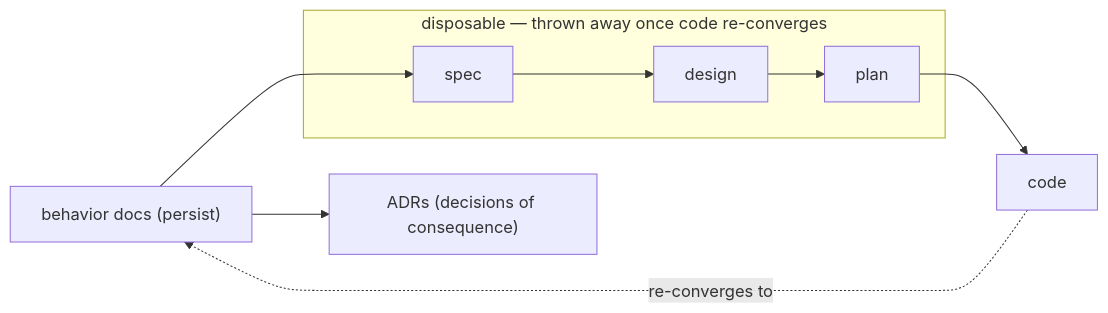
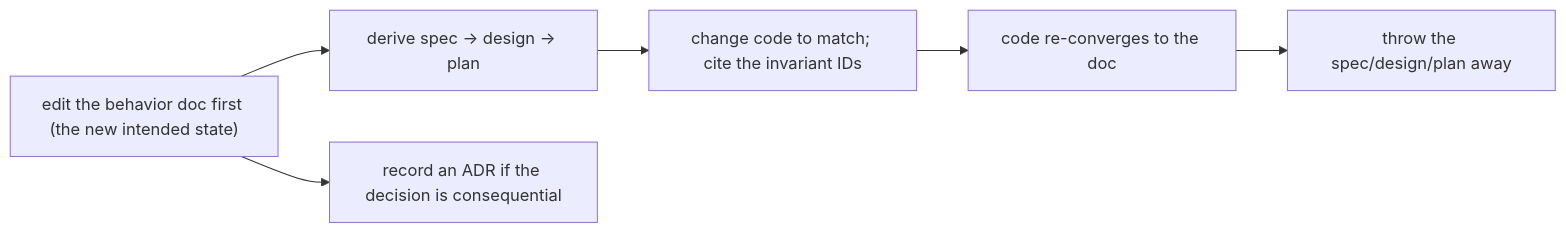
One commit to phillipgreenii/nix-agent-support changed the second of 2 diagrams in behavior-docs/docs/behavior/README.md. Above: the diagram before and after it, drawn with Mermaid. The commit also changed other lines of this file and 17 other files, not shown here.

````diff
--- a/behavior-docs/docs/behavior/README.md
+++ b/behavior-docs/docs/behavior/README.md
@@ -52,14 +43,8 @@
 ```mermaid
 flowchart LR
-    truth["behavior docs (persist)"] --> spec["spec"]
-    spec --> design["design"]
-    design --> plan["plan"]
-    plan --> code["code"]
-    code -. re-converges to .-> truth
-    truth --> adr["ADRs (decisions of consequence)"]
-    subgraph disposable["disposable — thrown away once code re-converges"]
-      spec
-      design
-      plan
-    end
+    edit["edit the behavior doc first (the new intended state)"] --> derive["derive spec → design → plan"]
+    derive --> code["change code to match; cite the invariant IDs"]
+    code --> conv["code re-converges to the doc"]
+    conv --> toss["throw the spec/design/plan away"]
+    edit --> adr["record an ADR if the decision is consequential"]
 ```
````
